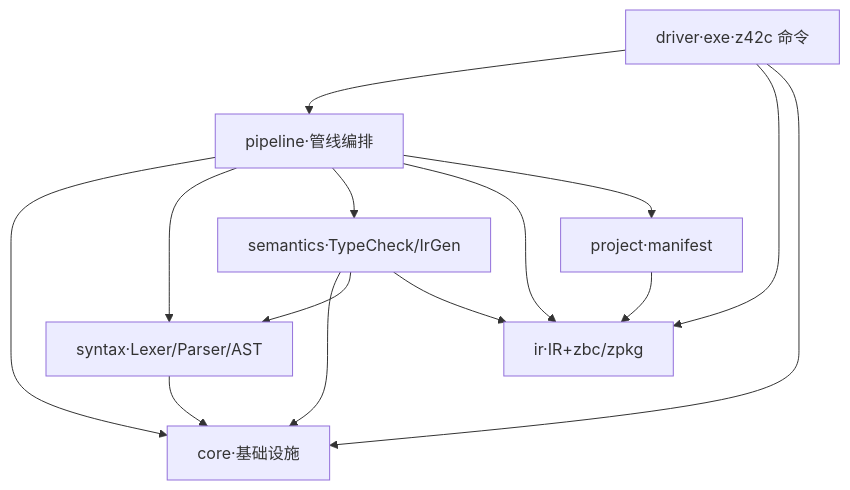
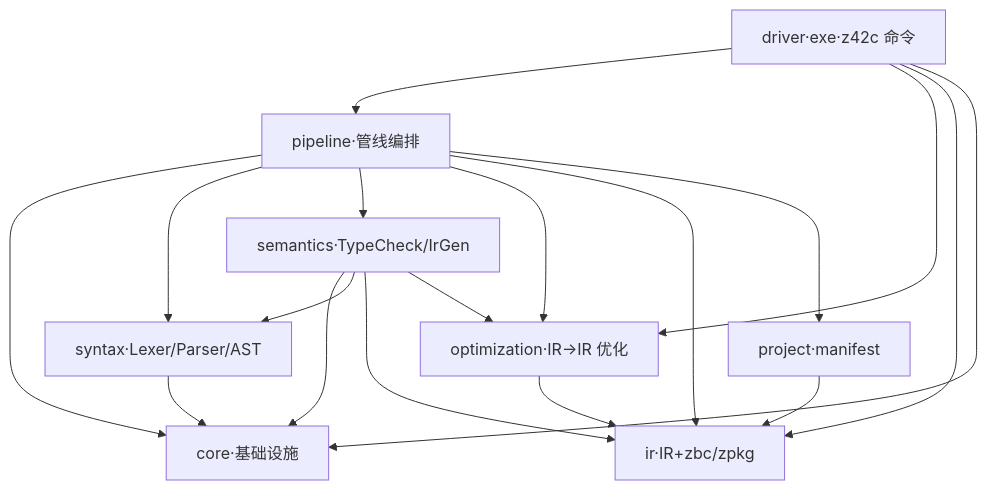
One commit to z42-lang/z42 changed the second of 3 diagrams in docs/internals/src/compiler/architecture.md. Above: the diagram before and after it, drawn with Mermaid. The commit also changed other lines of this file and 52 other files, not shown here.

````diff
--- a/docs/internals/src/compiler/architecture.md
+++ b/docs/internals/src/compiler/architecture.md
@@ -23,10 +23,11 @@
 ```mermaid
 graph TD
     core[core·基础设施]
     ir[ir·IR+zbc/zpkg]
     syntax[syntax·Lexer/Parser/AST] --> core
     project[project·manifest] --> ir
-    semantics[semantics·TypeCheck/IrGen] --> core & syntax & ir
-    pipeline[pipeline·管线编排] --> core & syntax & semantics & ir & project
-    driver[driver·exe·z42c 命令] --> pipeline & ir & core
+    optimization[optimization·IR→IR 优化] --> ir
+    semantics[semantics·TypeCheck/IrGen] --> core & syntax & ir & optimization
+    pipeline[pipeline·管线编排] --> core & syntax & semantics & optimization & ir & project
+    driver[driver·exe·z42c 命令] --> pipeline & optimization & ir & core
 ```
````
